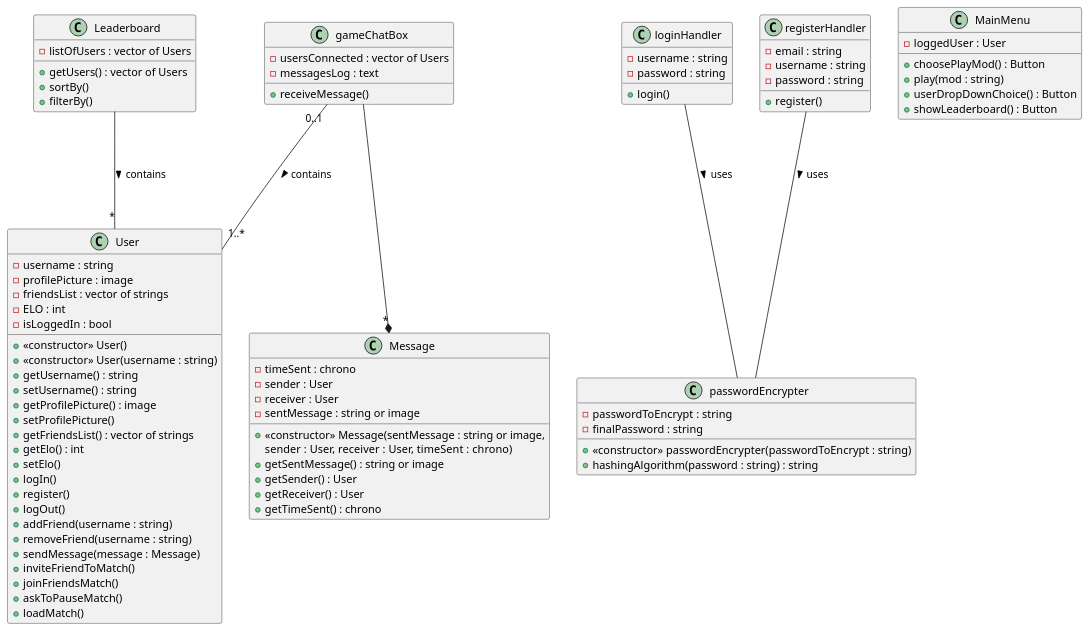
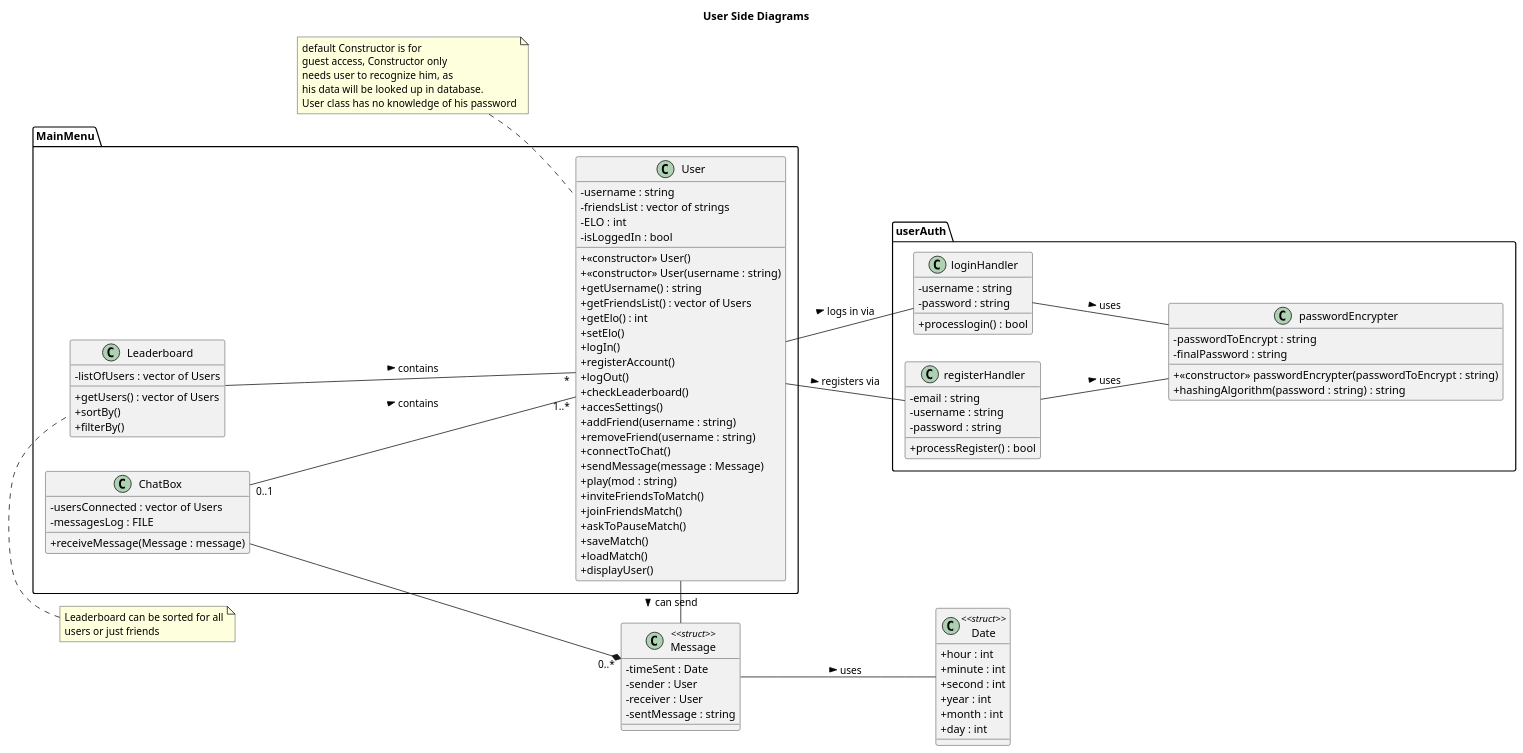
One commit to fnieri/Quoridor changed the diagram in UML_Diagrams/UserSideDiagrams.pu. Above: the diagram before and after it, drawn with PlantUML.

Commit message:
[UML_CLASS] Finished User Side Diagrams, changed some classes to structs and cleaned up formatting

```diff
--- a/UML_Diagrams/UserSideDiagrams.pu
+++ b/UML_Diagrams/UserSideDiagrams.pu
@@ -1,110 +1,139 @@
 @startuml UserSideDiagrams
+title User Side Diagrams
+skinparam ClassAttributeIconSize 0
+skinparam Guillemet false
+left to right direction
 
-class User {
-    'Fields
-        - username : string /' (Could also be guest so no username yet) '/
-        - profilePicture : image
-        - friendsList : vector of strings  /' (Could be empty if no friends. Story of my life :() '/
-        - ELO : int
-        - isLoggedIn : bool
-    'Methods
-        + << constructor >> User()
-        +  << constructor >> User(username : string) 
-        + getUsername() : string
-        + setUsername() : string
-        + getProfilePicture() : image
-        + setProfilePicture()
-        + getFriendsList() : vector of strings
-        + getElo() : int
-        + setElo()
-        + logIn()
-        + register()
-        + logOut()
-        + addFriend(username : string)
-        + removeFriend(username : string)
-        + sendMessage(message : Message)
-        + inviteFriendToMatch()
-        + joinFriendsMatch()
-        + askToPauseMatch()
-        + loadMatch()
-        
+
+package MainMenu {
+
+    class User {
+        'Fields
+            - username : string /' (Could also be guest so no username yet) '/
+            - friendsList : vector of strings  /' (Could be empty if no friends. Story of my life :() '/
+            - ELO : int
+            - isLoggedIn : bool
+        'Methods
+            + << constructor >> User()
+            + << constructor >> User(username : string) 
+            + getUsername() : string
+            + getFriendsList() : vector of Users
+            + getElo() : int
+            + setElo()
+            + logIn()
+            + registerAccount()
+            + logOut()
+            + checkLeaderboard()
+            + accesSettings()
+            + addFriend(username : string)
+            + removeFriend(username : string)
+            + connectToChat() 
+            + sendMessage(message : Message)
+            + play(mod : string)
+            + inviteFriendsToMatch()
+            + joinFriendsMatch()
+            + askToPauseMatch()
+            + saveMatch()
+            + loadMatch()
+            + displayUser()
+            
+            
+
+    }
+
+        class ChatBox {
+            'Fields
+            - usersConnected : vector of Users
+            - messagesLog : FILE    
+        'Methods
+            + receiveMessage(Message : message)
+    }
+
+
+    class Leaderboard {
+        'Fields
+            - listOfUsers : vector of Users
+        'Methods
+            + getUsers() : vector of Users
+            + sortBy()
+            + filterBy()
+    }
+
+
+}
+note left of User
+    default Constructor is for 
+    guest access, Constructor only
+    needs user to recognize him, as
+    his data will be looked up in database.
+    User class has no knowledge of his password
+end note
+
+package userAuth {
+
+
+    class loginHandler {
+        'Fields
+            - username : string
+            - password : string
+        'Methods
+            + processlogin() : bool
+    }
+
+    class registerHandler {
+        'Fields
+            - email : string
+            - username : string
+            - password : string
+        'Methods
+            + processRegister() : bool
+    }
+
+    class passwordEncrypter {
+        'Fields
+            - passwordToEncrypt : string
+            - finalPassword : string
+        'Methods
+            +  << constructor >> passwordEncrypter(passwordToEncrypt : string)
+            + hashingAlgorithm(password : string) : string 
+
+    }
+
 
 }
 
-class passwordEncrypter {
+class Message <<struct>> {
     'Fields
-        - passwordToEncrypt : string
-        - finalPassword : string
-    'Methods
-        +  << constructor >> passwordEncrypter(passwordToEncrypt : string)
-        + hashingAlgorithm(password : string) : string 
+        - timeSent : Date
+        - sender : User
+        - receiver : User
+        - sentMessage : string 
+    }
 
+
+class Date <<struct>>{
+    'Fields
+        +hour : int
+        +minute : int
+        +second : int
+        +year : int
+        +month : int
+        +day : int
 }
 
+note top of Leaderboard
+    Leaderboard can be sorted for all
+    users or just friends
+end note
 
-class Leaderboard {
-    'Fields
-        - listOfUsers : vector of Users
-    'Methods
-        + getUsers() : vector of Users
-        + sortBy()
-        + filterBy()
-}
-
-class Message {
-    'Fields
-        - timeSent : chrono
-        - sender : User
-        - receiver : User
-        - sentMessage : string or image 
-    'Methods
-        + << constructor >> Message(sentMessage : string or image,
-         sender : User, receiver : User, timeSent : chrono)
-        + getSentMessage() : string or image
-        + getSender() : User
-        + getReceiver() : User
-        + getTimeSent() : chrono 
-}
-
-class gameChatBox {
-    'Fields
-        - usersConnected : vector of Users
-        - messagesLog : text
-    'Methods
-        + receiveMessage()
-
-}
-
-
-class loginHandler {
-    'Fields
-        - username : string
-        - password : string
-    'Methods
-        + login() 
-}
-
-class registerHandler {
-    'Fields
-        - email : string
-        - username : string
-        - password : string
-    'Methods
-        + register()
-}
-
-class MainMenu {
-    'Fields
-        - loggedUser : User
-    'Methods
-        + choosePlayMod() : Button
-        + play(mod : string)
-        + userDropDownChoice() : Button
-        + showLeaderboard() : Button
-}
-gameChatBox ---* "*" Message  
-gameChatBox "0..1" --- "1..*" User   : > contains
+ChatBox ---* "0..*" Message 
+ChatBox "0..1" --- "1..*" User   : > contains
 Leaderboard --- "*" User : > contains 
 loginHandler --- passwordEncrypter : > uses
+User -- loginHandler : > logs in via
+User -- registerHandler : > registers via
+User --r-- Message : > can send
 registerHandler --- passwordEncrypter : > uses
+Message -- Date : > uses
+
 @enduml
```
